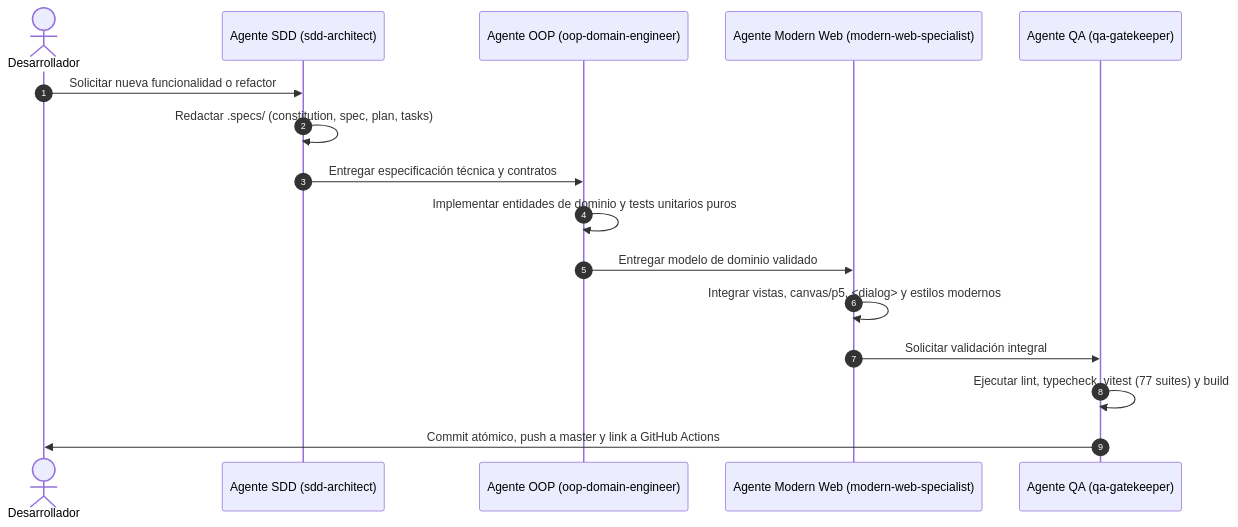
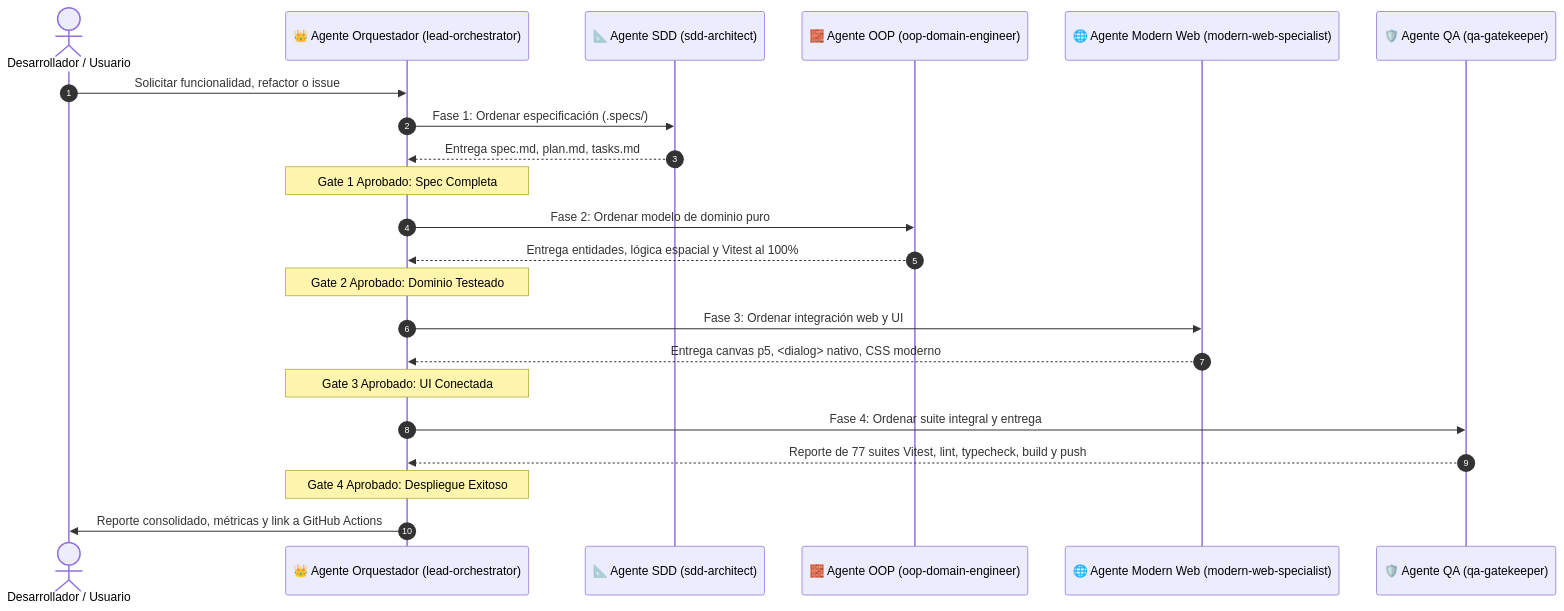
One commit to JuanOlaya/juanolaya.github.io changed the third of 3 diagrams in PLAN.md. Above: the diagram before and after it, drawn with Mermaid. The commit also changed other lines of this file and 2 other files, not shown here.

Commit message:
docs: add lead-orchestrator agent and architecture diagram image beside PLAN.md

````diff
--- a/PLAN.md
+++ b/PLAN.md
@@ -130,19 +132,28 @@
 ```mermaid
 sequenceDiagram
     autonumber
-    actor Dev as Desarrollador
-    participant SDD as Agente SDD (sdd-architect)
-    participant OOP as Agente OOP (oop-domain-engineer)
-    participant Web as Agente Modern Web (modern-web-specialist)
-    participant QA as Agente QA (qa-gatekeeper)
+    actor Dev as Desarrollador / Usuario
+    participant Orch as 👑 Agente Orquestador (lead-orchestrator)
+    participant SDD as 📐 Agente SDD (sdd-architect)
+    participant OOP as 🧱 Agente OOP (oop-domain-engineer)
+    participant Web as 🌐 Agente Modern Web (modern-web-specialist)
+    participant QA as 🛡️ Agente QA (qa-gatekeeper)
 
-    Dev->>SDD: Solicitar nueva funcionalidad o refactor
-    SDD->>SDD: Redactar .specs/ (constitution, spec, plan, tasks)
-    SDD->>OOP: Entregar especificación técnica y contratos
-    OOP->>OOP: Implementar entidades de dominio y tests unitarios puros
-    OOP->>Web: Entregar modelo de dominio validado
-    Web->>Web: Integrar vistas, canvas/p5, <dialog> y estilos modernos
-    Web->>QA: Solicitar validación integral
-    QA->>QA: Ejecutar lint, typecheck, vitest (77 suites) y build
-    QA->>Dev: Commit atómico, push a master y link a GitHub Actions
+    Dev->>Orch: Solicitar funcionalidad, refactor o issue
+    Orch->>SDD: Fase 1: Ordenar especificación (.specs/)
+    SDD-->>Orch: Entrega spec.md, plan.md, tasks.md
+    Note over Orch: Gate 1 Aprobado: Spec Completa
+
+    Orch->>OOP: Fase 2: Ordenar modelo de dominio puro
+    OOP-->>Orch: Entrega entidades, lógica espacial y Vitest al 100%
+    Note over Orch: Gate 2 Aprobado: Dominio Testeado
+
+    Orch->>Web: Fase 3: Ordenar integración web y UI
+    Web-->>Orch: Entrega canvas p5, <dialog> nativo, CSS moderno
+    Note over Orch: Gate 3 Aprobado: UI Conectada
+
+    Orch->>QA: Fase 4: Ordenar suite integral y entrega
+    QA-->>Orch: Reporte de 77 suites Vitest, lint, typecheck, build y push
+    Note over Orch: Gate 4 Aprobado: Despliegue Exitoso
+    Orch->>Dev: Reporte consolidado, métricas y link a GitHub Actions
 ```
````
